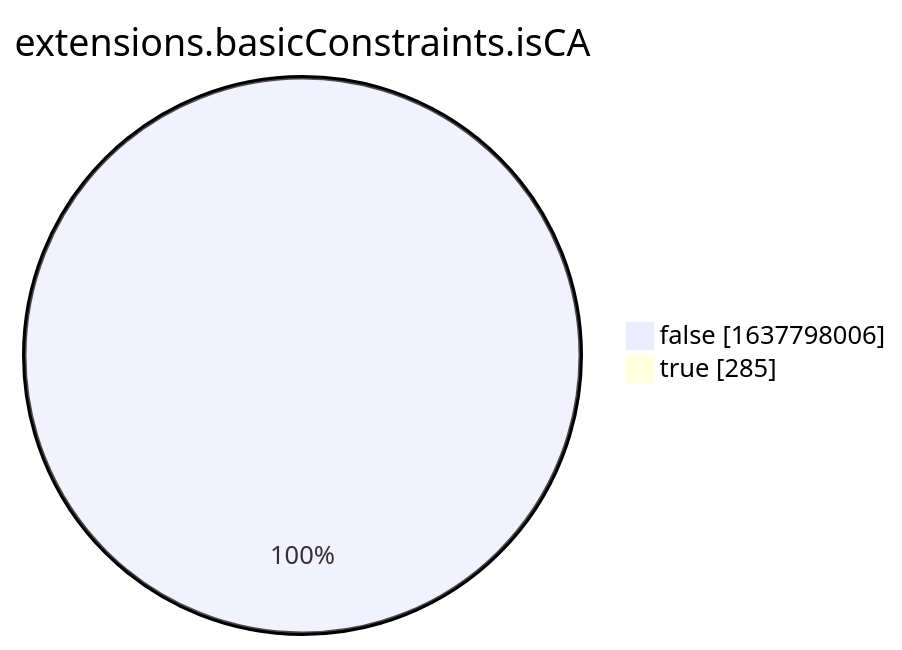
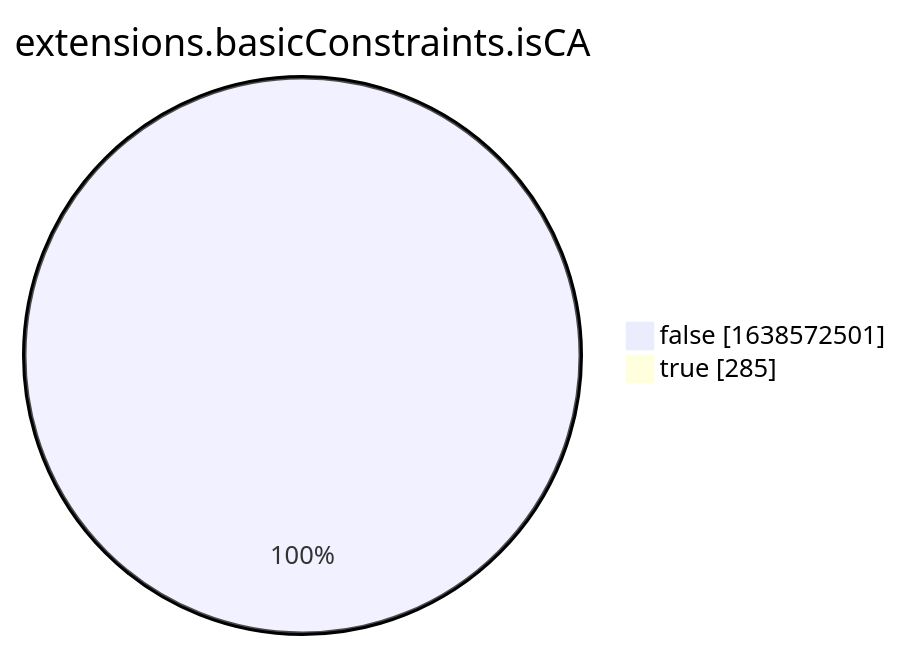
Before and after one commit to christiankrug/ctmonitor_visualization: the eighth of 15 diagrams in xenon2022/README.md, drawn with Mermaid. The commit also changed other lines of this file, not shown here.

````diff
--- a/xenon2022/README.md
+++ b/xenon2022/README.md
@@ -2863,6 +2863,6 @@
 ```mermaid
 pie showData
 title extensions.basicConstraints.isCA
-"false" :1637798006
+"false" :1638572501
 "true" :285
 ```
````
